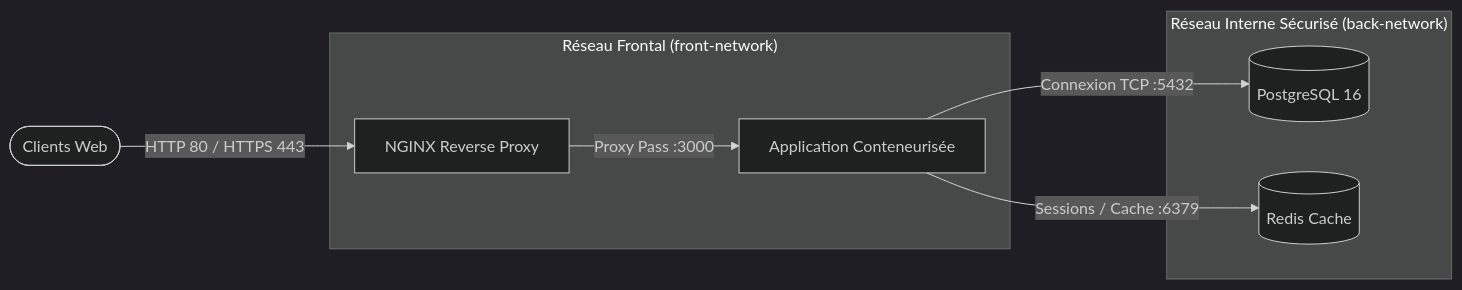
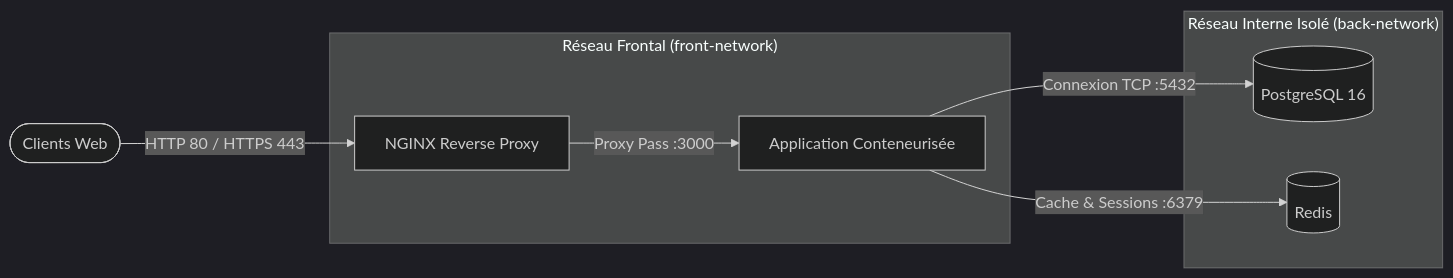
The diagram in 04-DevOps-Conteneurisation/README.md (Jiraya931/Professionnel), drawn with Mermaid (dark theme) before and after one commit. The commit also changed other lines of this file and 5 other files, not shown here.

````diff
--- a/04-DevOps-Conteneurisation/README.md
+++ b/04-DevOps-Conteneurisation/README.md
@@ -20,13 +20,13 @@
 ```mermaid
 graph LR
     User([Clients Web]) -->|HTTP 80 / HTTPS 443| Nginx[NGINX Reverse Proxy]
     
     subgraph "Réseau Frontal (front-network)"
         Nginx -->|Proxy Pass :3000| App[Application Conteneurisée]
     end
     
-    subgraph "Réseau Interne Sécurisé (back-network)"
+    subgraph "Réseau Interne Isolé (back-network)"
         App -->|Connexion TCP :5432| DB[(PostgreSQL 16)]
-        App -->|Sessions / Cache :6379| Redis[(Redis Cache)]
+        App -->|Cache & Sessions :6379| Redis[(Redis)]
     end
 ```
````
